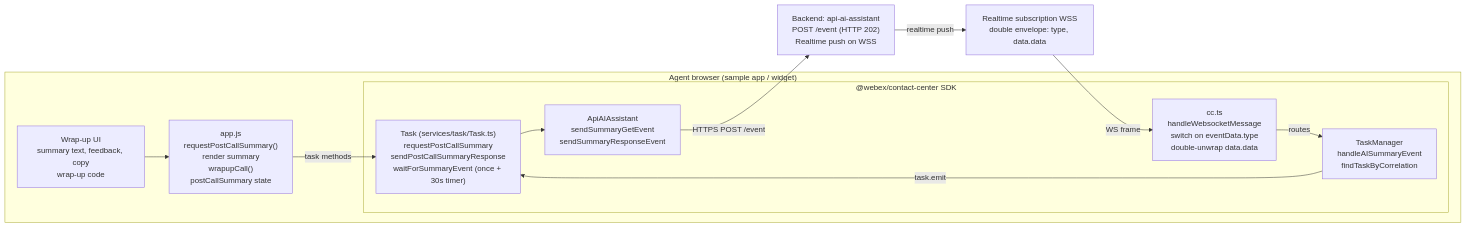
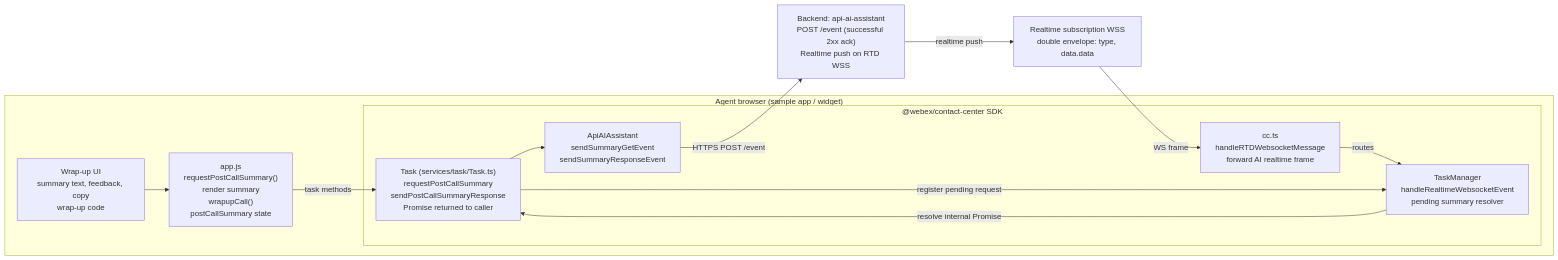
One commit to webex/webex-js-sdk changed the first of 3 diagrams in ai-summary-postcall-flow.md. Above: the diagram before and after it, drawn with Mermaid. The commit also changed other lines of this file and 4 other files, not shown here.

````diff
--- a/ai-summary-postcall-flow.md
+++ b/ai-summary-postcall-flow.md
@@ -11,23 +11,24 @@
 ```mermaid
 flowchart LR
   subgraph Browser["Agent browser (sample app / widget)"]
     UI["Wrap-up UI<br/>summary text, feedback, copy<br/>wrap-up code"]
     App["app.js<br/>requestPostCallSummary()<br/>render summary<br/>wrapupCall()<br/>postCallSummary state"]
     subgraph SDK["@webex/contact-center SDK"]
-      Task["Task (services/task/Task.ts)<br/>requestPostCallSummary<br/>sendPostCallSummaryResponse<br/>waitForSummaryEvent (once + 30s timer)"]
+      Task["Task (services/task/Task.ts)<br/>requestPostCallSummary<br/>sendPostCallSummaryResponse<br/>Promise returned to caller"]
       API["ApiAIAssistant<br/>sendSummaryGetEvent<br/>sendSummaryResponseEvent"]
-      CC["cc.ts<br/>handleWebsocketMessage<br/>switch on eventData.type<br/>double-unwrap data.data"]
-      TM["TaskManager<br/>handleAISummaryEvent<br/>findTaskByCorrelation"]
+      CC["cc.ts<br/>handleRTDWebsocketMessage<br/>forward AI realtime frame"]
+      TM["TaskManager<br/>handleRealtimeWebsocketEvent<br/>pending summary resolver"]
     end
     UI --> App
     App -->|task methods| Task
     Task --> API
+    Task -->|register pending request| TM
     CC -->|routes| TM
-    TM -->|task.emit| Task
+    TM -->|resolve internal Promise| Task
   end
-  Backend["Backend: api-ai-assistant<br/>POST /event (HTTP 202)<br/>Realtime push on WSS"]
+  Backend["Backend: api-ai-assistant<br/>POST /event (successful 2xx ack)<br/>Realtime push on RTD WSS"]
   WS["Realtime subscription WSS<br/>double envelope: type, data.data"]
   API -->|HTTPS POST /event| Backend
   Backend -->|realtime push| WS
   WS -->|WS frame| CC
 ```
````
